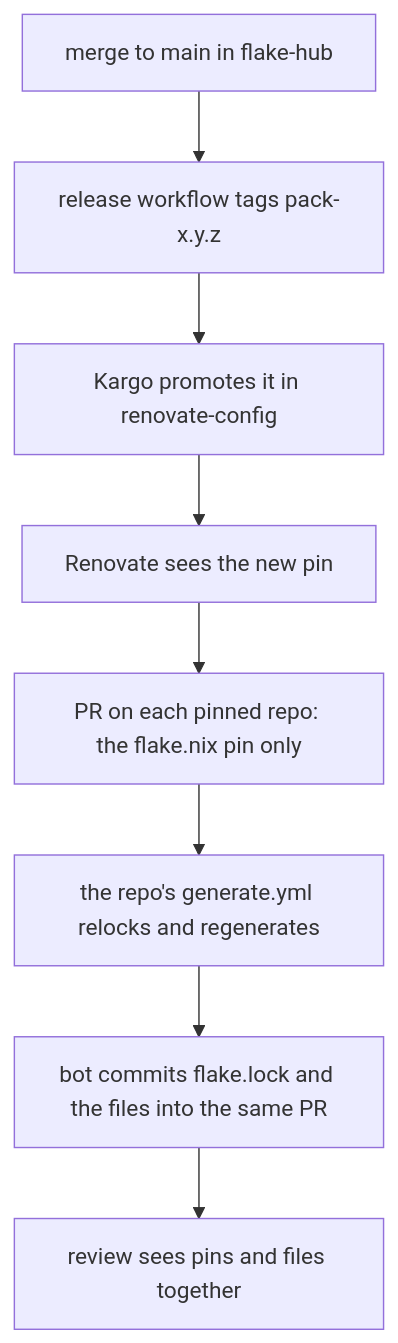
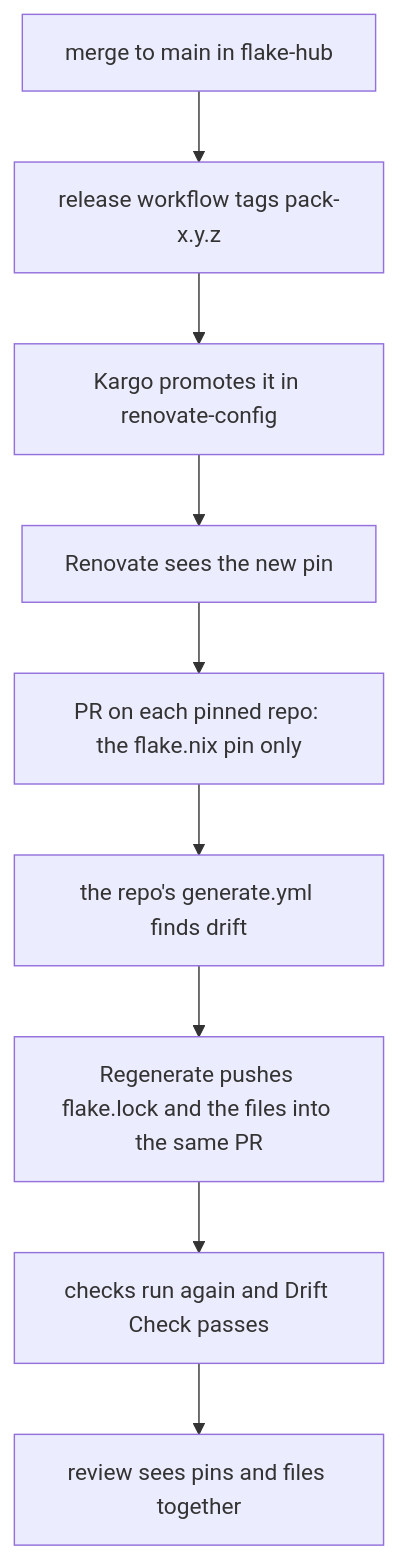
Before and after one commit to Fomiller/flake-hub: the diagram in docs/src/concepts/propagation.md, drawn with Mermaid. The commit also changed other lines of this file and 6 other files, not shown here.

First line of the commit message:
feat(FOM-51): run the drift check everywhere and push fixes with the App token (#48)

````diff
--- a/docs/src/concepts/propagation.md
+++ b/docs/src/concepts/propagation.md
@@ -5,10 +5,11 @@
 ```mermaid
 flowchart TD
     A[merge to main in flake-hub] --> B[release workflow tags pack-x.y.z]
     B --> C[Kargo promotes it in renovate-config]
     C --> C2[Renovate sees the new pin]
     C2 --> D[PR on each pinned repo: the flake.nix pin only]
-    D --> E[the repo's generate.yml relocks and regenerates]
-    E --> F[bot commits flake.lock and the files into the same PR]
-    F --> G[review sees pins and files together]
+    D --> E[the repo's generate.yml finds drift]
+    E --> F[Regenerate pushes flake.lock and the files into the same PR]
+    F --> F2[checks run again and Drift Check passes]
+    F2 --> G[review sees pins and files together]
 ```
````
